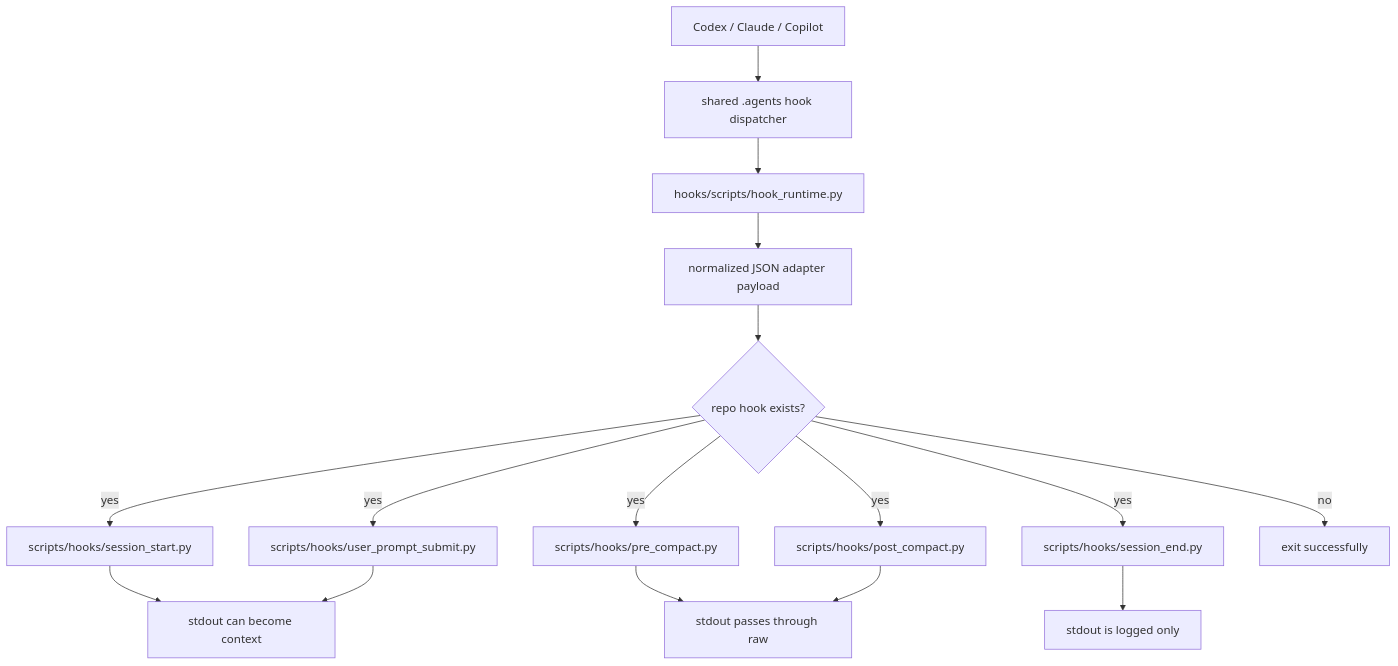
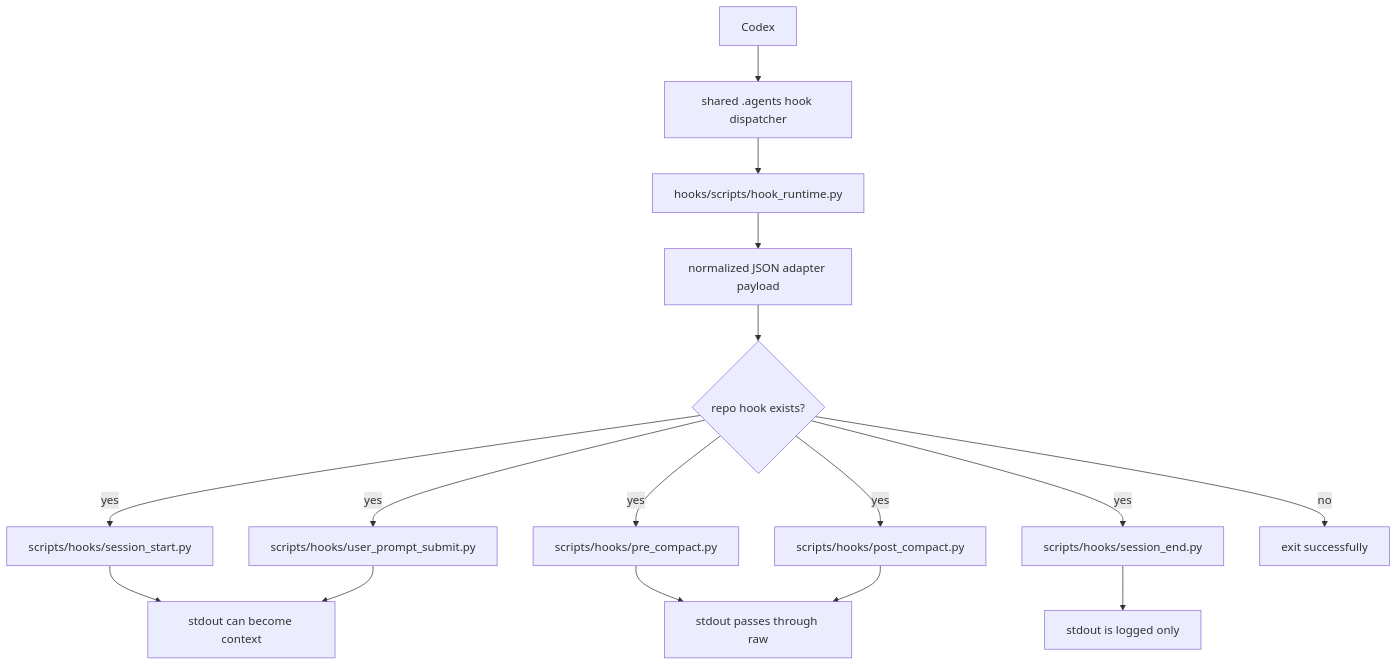
The diagram in docs/references/repo-lifecycle-hook-adapter.md (wisdom-in-a-nutshell/.agents), drawn with Mermaid before and after one commit. The commit also changed other lines of this file and 165 other files, not shown here.

````diff
--- a/docs/references/repo-lifecycle-hook-adapter.md
+++ b/docs/references/repo-lifecycle-hook-adapter.md
@@ -8,18 +8,18 @@
 ```mermaid
 flowchart TD
-    A[Codex / Claude / Copilot] --> B[shared .agents hook dispatcher]
+    A[Codex] --> B[shared .agents hook dispatcher]
     B --> C[hooks/scripts/hook_runtime.py]
     C --> D[normalized JSON adapter payload]
     D --> E{repo hook exists?}
     E -->|yes| F[scripts/hooks/session_start.py]
     E -->|yes| G[scripts/hooks/user_prompt_submit.py]
     E -->|yes| H[scripts/hooks/pre_compact.py]
     E -->|yes| I[scripts/hooks/post_compact.py]
     E -->|yes| K[scripts/hooks/session_end.py]
     E -->|no| N[exit successfully]
     F --> J[stdout can become context]
     G --> J
     H --> L[stdout passes through raw]
     I --> L
     K --> M[stdout is logged only]
 ```
````
